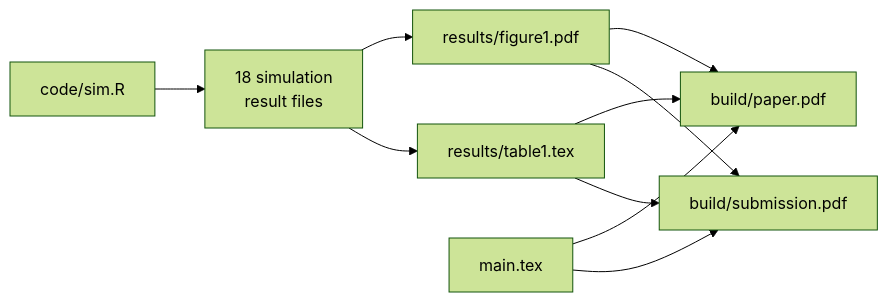
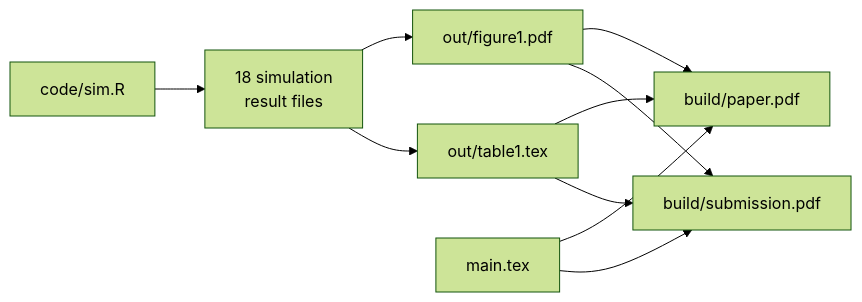
The diagram in index.qmd (lharris421/snakemake-tutorial), drawn with Mermaid (forest theme) before and after one commit. The commit also changed 63 other files, not shown here.

First line of the commit message:
Split each project's results into rds/ and out/

````diff
--- a/index.qmd
+++ b/index.qmd
@@ -50,13 +50,13 @@
 ```{mermaid}
 %%| fig-align: center
 flowchart LR
   C[code/sim.R] --> S1[18 simulation<br/>result files]
-  S1 --> F[results/figure1.pdf]
-  S1 --> T[results/table1.tex]
+  S1 --> F[out/figure1.pdf]
+  S1 --> T[out/table1.tex]
   F --> P[build/paper.pdf]
   T --> P
   M[main.tex] --> P
   M --> R[build/submission.pdf]
   F --> R
   T --> R
 ```
````
